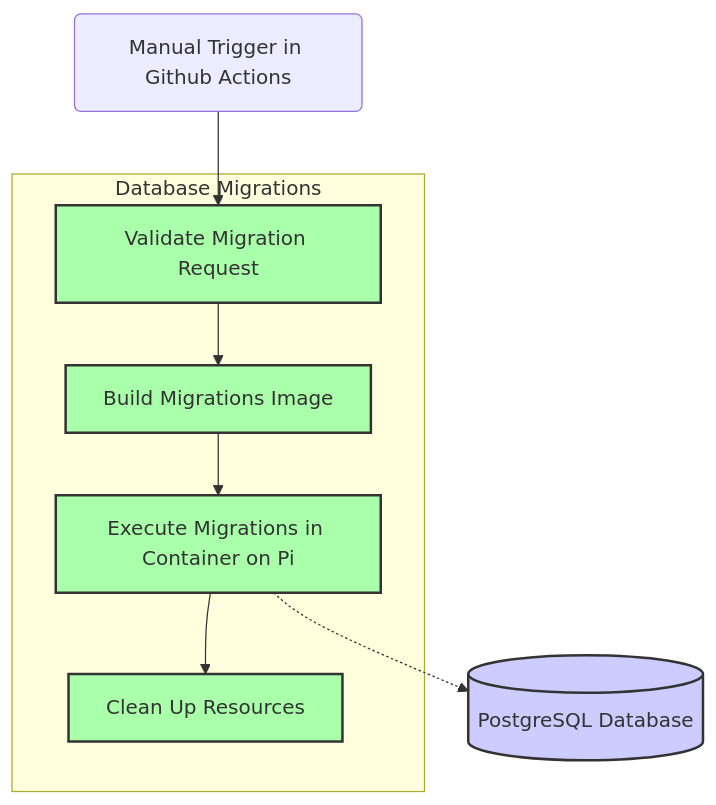
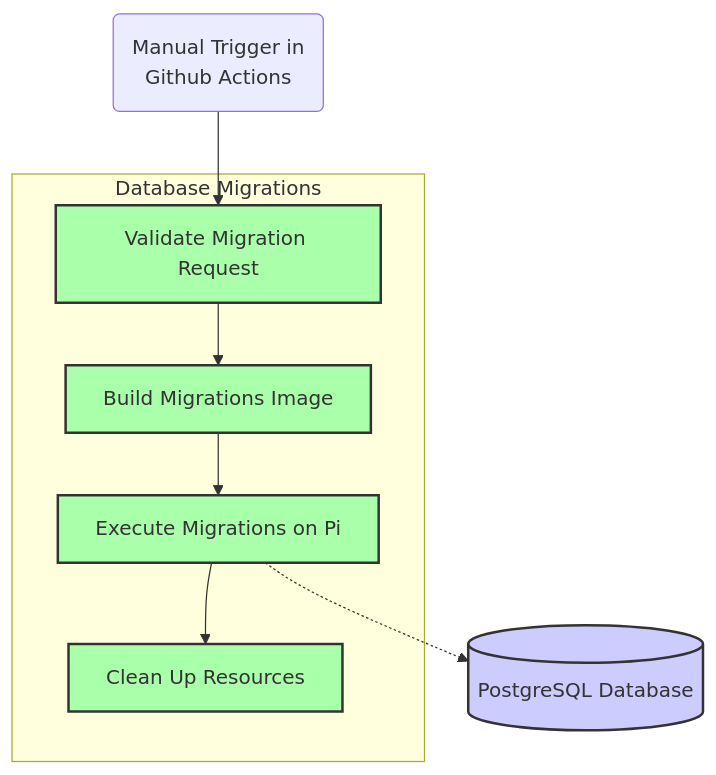
One commit to JRRS1982/balanced changed the second of 3 diagrams in README.md. Above: the diagram before and after it, drawn with Mermaid. The commit also changed other lines of this file and 4 other files, not shown here.

````diff
--- a/README.md
+++ b/README.md
@@ -127,24 +137,24 @@
 ```mermaid
 flowchart TB
     %% Migration Trigger
-    trigger_migrations(Manual Trigger in Github Actions)
+    trigger_migrations(Manual Trigger in <br/> Github Actions)
 
     trigger_migrations --> validate
 
     subgraph "Database Migrations"
         validate[Validate Migration Request] --> build_migrations
         build_migrations[Build Migrations Image] --> run_migrations
-        run_migrations[Execute Migrations in Container on Pi] --> clean_migrations
+        run_migrations[Execute Migrations on Pi] --> clean_migrations
         clean_migrations[Clean Up Resources]
     end
 
     %% Database Runtime
     db_prod[(PostgreSQL Database)]
 
     run_migrations -.-> db_prod
 
     classDef migration fill:#afa,stroke:#333,stroke-width:2px
     classDef db fill:#ccf,stroke:#333,stroke-width:2px
     class validate,build_migrations,run_migrations,clean_migrations migration
     class db_prod db
 ```
````
